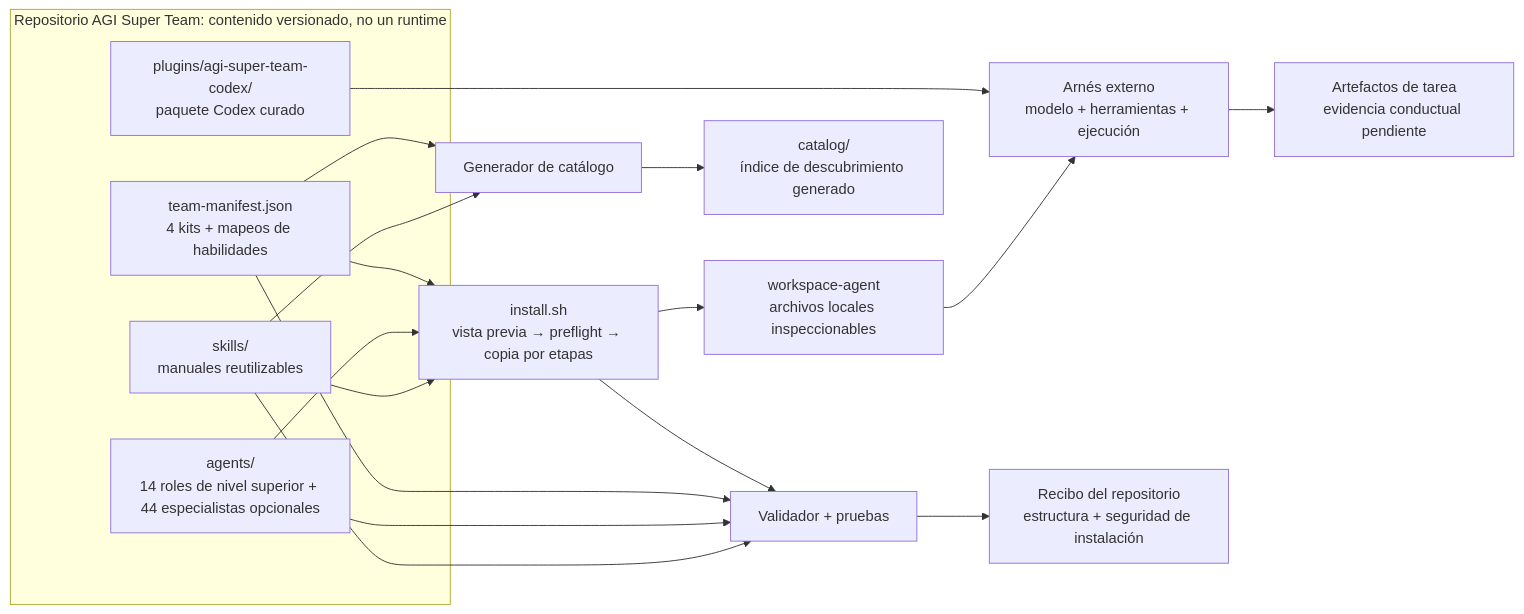
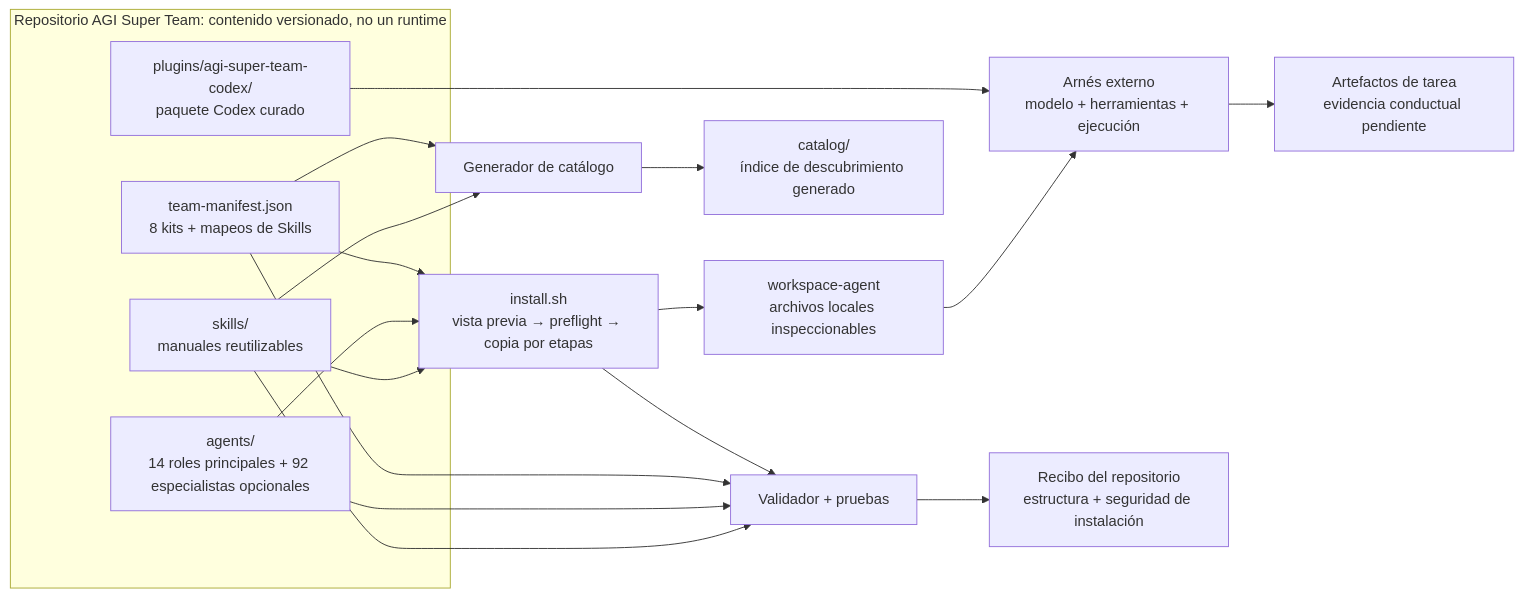
Before and after one commit to aAAaqwq/AGI-Super-Skills: the second of 2 diagrams in README.es-ES.md, drawn with Mermaid. The commit also changed other lines of this file and 12 other files, not shown here.

````diff
--- a/README.es-ES.md
+++ b/README.es-ES.md
@@ -271,27 +299,27 @@
 ```mermaid
 flowchart LR
   subgraph R["Repositorio AGI Super Team: contenido versionado, no un runtime"]
     S["skills/<br/>manuales reutilizables"]
-    A["agents/<br/>14 roles de nivel superior + 44 especialistas opcionales"]
-    M["team-manifest.json<br/>4 kits + mapeos de habilidades"]
+    A["agents/<br/>14 roles principales + 92 especialistas opcionales"]
+    M["team-manifest.json<br/>8 kits + mapeos de Skills"]
     C["plugins/agi-super-team-codex/<br/>paquete Codex curado"]
   end
 
   S --> I["install.sh<br/>vista previa → preflight → copia por etapas"]
   A --> I
   M --> I
   I --> W["workspace-agent<br/>archivos locales inspeccionables"]
   W --> H["Arnés externo<br/>modelo + herramientas + ejecución"]
   C --> H
   H --> O["Artefactos de tarea<br/>evidencia conductual pendiente"]
 
   S --> G["Generador de catálogo"]
   M --> G
   G --> K["catalog/<br/>índice de descubrimiento generado"]
 
   S --> V["Validador + pruebas"]
   A --> V
   M --> V
   I --> V
   V --> E["Recibo del repositorio<br/>estructura + seguridad de instalación"]
 ```
````
